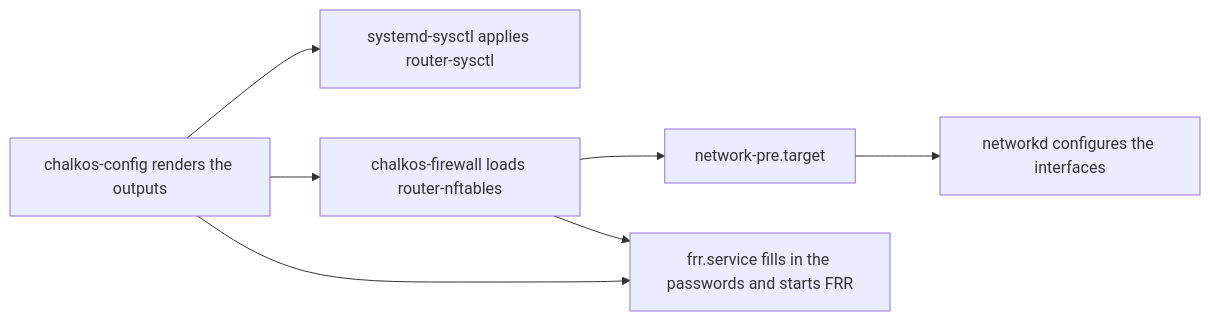
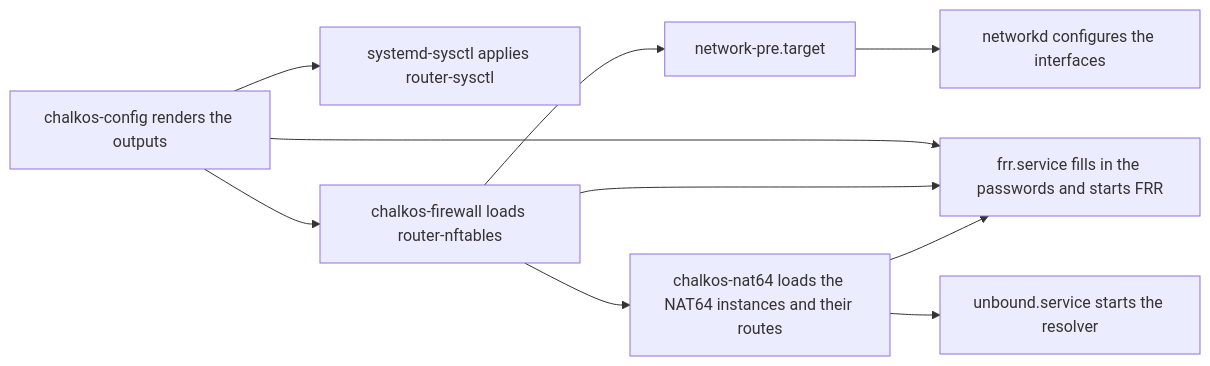
Before and after one commit to trevex/chalkos: the diagram in docs/how-it-works/router/overview.md, drawn with Mermaid. The commit also changed other lines of this file and 10 other files, not shown here.

````diff
--- a/docs/how-it-works/router/overview.md
+++ b/docs/how-it-works/router/overview.md
@@ -78,9 +81,12 @@
 ```mermaid
 flowchart LR
     config["chalkos-config renders the outputs"] --> sysctl["systemd-sysctl applies router-sysctl"]
     config --> firewall["chalkos-firewall loads router-nftables"]
     firewall --> pre["network-pre.target"]
     pre --> networkd["networkd configures the interfaces"]
     config --> frr["frr.service fills in the passwords and starts FRR"]
     firewall --> frr
+    firewall --> nat64["chalkos-nat64 loads the NAT64 instances and their routes"]
+    nat64 --> frr
+    nat64 --> unbound["unbound.service starts the resolver"]
 ```
````
